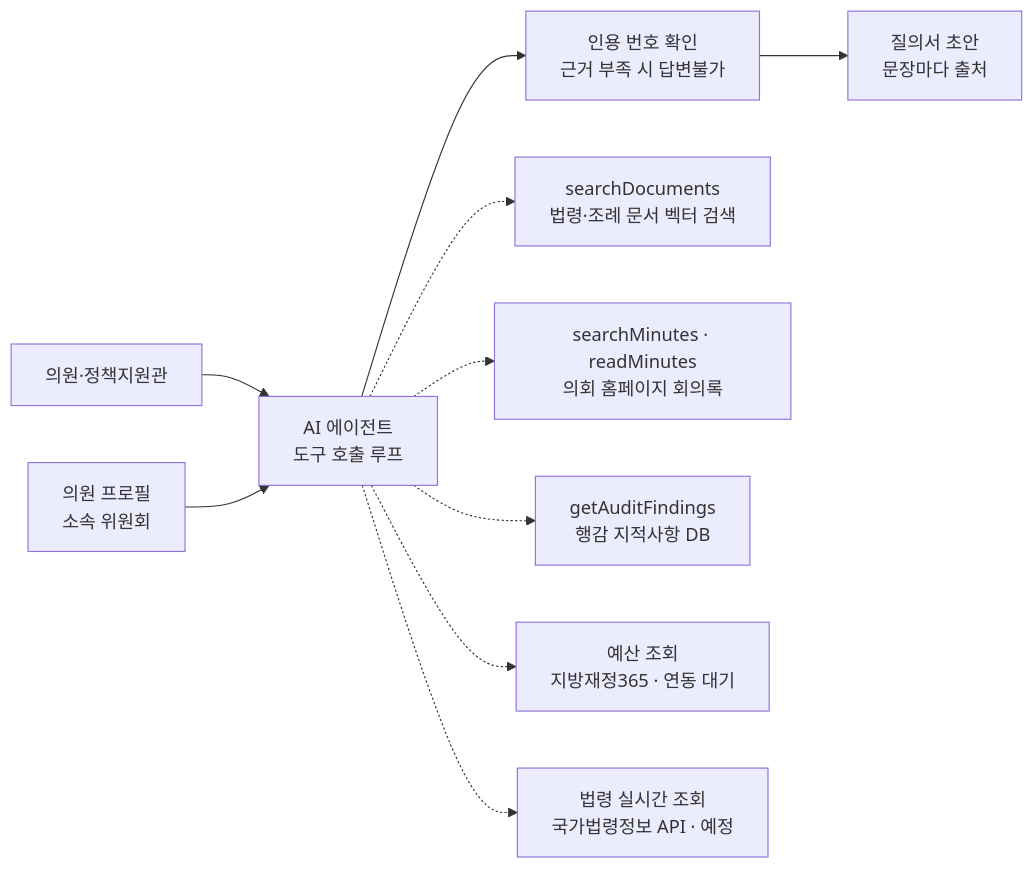
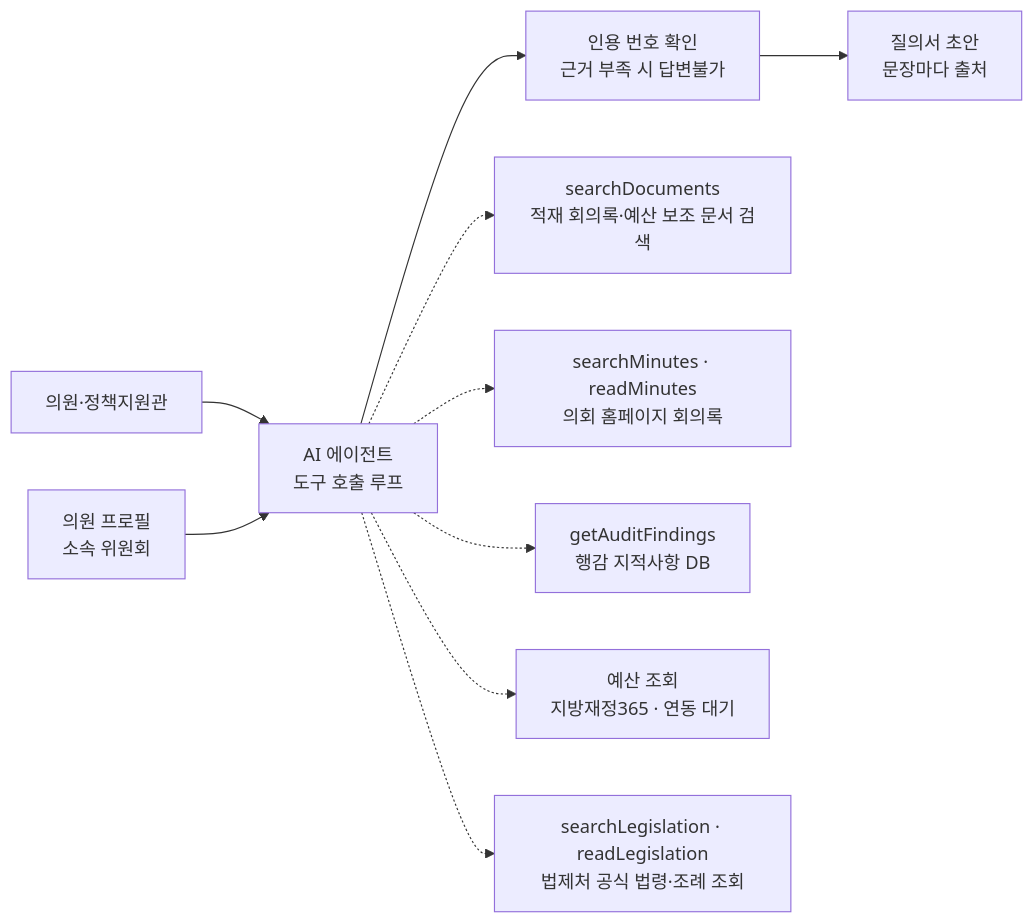
The diagram in docs/03-data-and-architecture.md (choby-pm/local_council_ai), drawn with Mermaid before and after one commit. The commit also changed other lines of this file and 13 other files, not shown here.

Commit message:
feat: verify legislation against official law API

````diff
--- a/docs/03-data-and-architecture.md
+++ b/docs/03-data-and-architecture.md
@@ -28,12 +28,12 @@
 ```mermaid
 flowchart LR
     U[의원·정책지원관] --> A[AI 에이전트<br/>도구 호출 루프]
     A --> V[인용 번호 확인<br/>근거 부족 시 답변불가]
     V --> R[질의서 초안<br/>문장마다 출처]
     P[의원 프로필<br/>소속 위원회] --> A
-    A -.-> T1[searchDocuments<br/>법령·조례 문서 벡터 검색]
+    A -.-> T1[searchDocuments<br/>적재 회의록·예산 보조 문서 검색]
     A -.-> T2[searchMinutes · readMinutes<br/>의회 홈페이지 회의록]
     A -.-> T3[getAuditFindings<br/>행감 지적사항 DB]
     A -.-> T4[예산 조회<br/>지방재정365 · 연동 대기]
-    A -.-> T5[법령 실시간 조회<br/>국가법령정보 API · 예정]
+    A -.-> T5[searchLegislation · readLegislation<br/>법제처 공식 법령·조례 조회]
 ```
````
